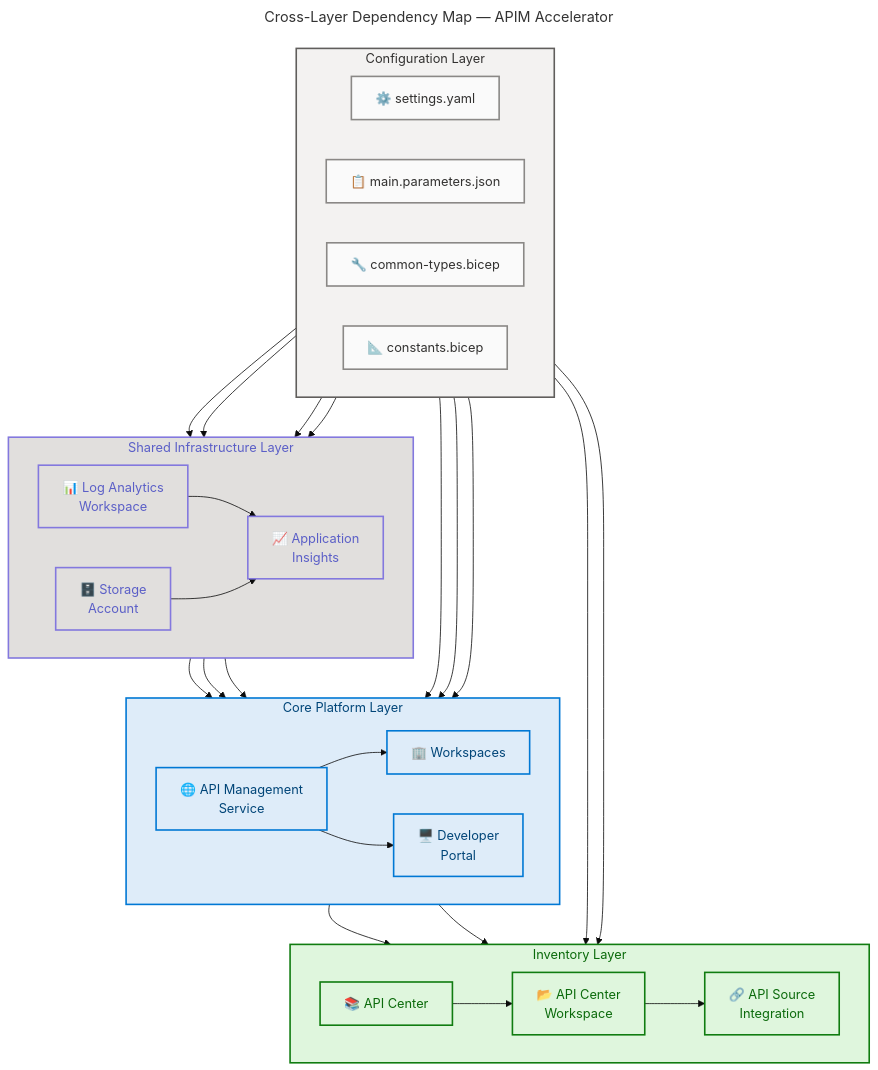
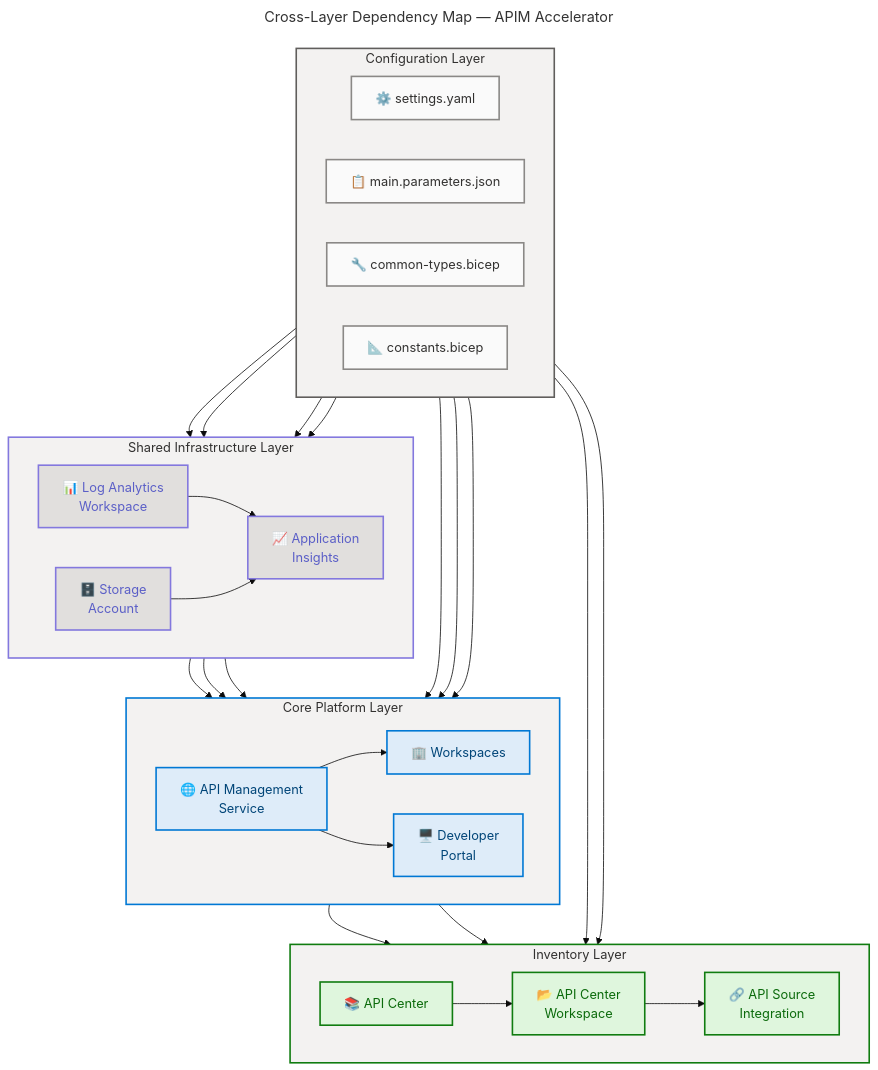
One commit to Evilazaro/APIM-Accelerator changed the sixth of 7 diagrams in docs/architecture/business-architecture.md. Above: the diagram before and after it, drawn with Mermaid. The commit also changed other lines of this file, not shown here.

Commit message:
Remove unused class definitions from business architecture diagrams for clarity

````diff
--- a/docs/architecture/business-architecture.md
+++ b/docs/architecture/business-architecture.md
@@ -1057,15 +1039,12 @@
     acws --> acsrc
 
     style config fill:#F3F2F1,stroke:#605E5C,stroke-width:2px,color:#323130
-    style shared fill:#E1DFDD,stroke:#8378DE,stroke-width:2px,color:#5B5FC7
-    style core fill:#DEECF9,stroke:#0078D4,stroke-width:2px,color:#004578
-    style inventory fill:#DFF6DD,stroke:#107C10,stroke-width:2px,color:#0B6A0B
+    style shared fill:#F3F2F1,stroke:#8378DE,stroke-width:2px,color:#323130
+    style core fill:#F3F2F1,stroke:#0078D4,stroke-width:2px,color:#323130
+    style inventory fill:#F3F2F1,stroke:#107C10,stroke-width:2px,color:#323130
 
     classDef neutral  fill:#FAFAFA,stroke:#8A8886,stroke-width:2px,color:#323130
     classDef core     fill:#DEECF9,stroke:#0078D4,stroke-width:2px,color:#004578
     classDef success  fill:#DFF6DD,stroke:#107C10,stroke-width:2px,color:#0B6A0B
-    classDef warning  fill:#FFF4CE,stroke:#FFB900,stroke-width:2px,color:#986F0B
-    classDef danger   fill:#FDE7E9,stroke:#E81123,stroke-width:2px,color:#A4262C
     classDef data     fill:#E1DFDD,stroke:#8378DE,stroke-width:2px,color:#5B5FC7
-    classDef external fill:#F3F2F1,stroke:#605E5C,stroke-width:2px,color:#323130
 ```
````
